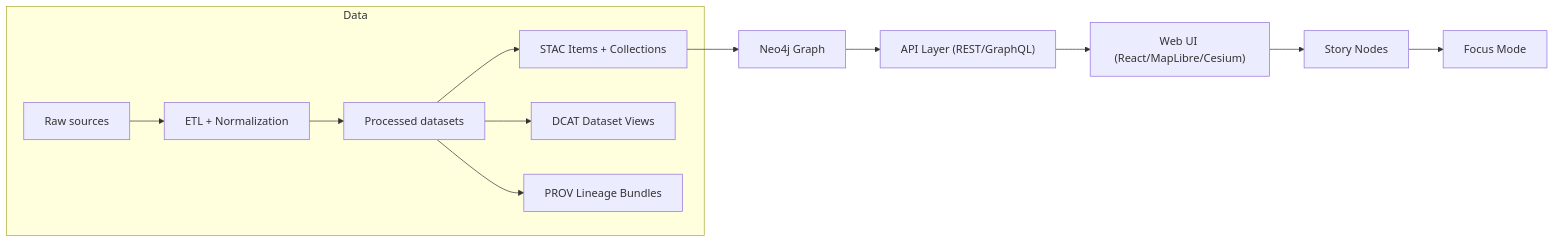
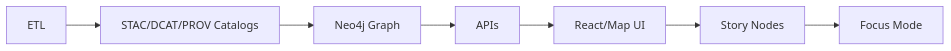
One commit to bartytime4life/Kansas-Frontier-Matrix changed the first of 2 diagrams in web/layers/README.md. Above: the diagram before and after it, drawn with Mermaid. The commit also changed other lines of this file, not shown here.

```diff
--- a/web/layers/README.md
+++ b/web/layers/README.md
@@ -197,16 +205,9 @@
 ~~~mermaid
 flowchart LR
-  subgraph Data
-    A["Raw sources"] --> B["ETL + Normalization"]
-    B --> C["Processed datasets"]
-    C --> D["STAC Items + Collections"]
-    C --> E["DCAT Dataset Views"]
-    C --> F["PROV Lineage Bundles"]
-  end
-
-  D --> G["Neo4j Graph"]
-  G --> H["API Layer (REST/GraphQL)"]
-  H --> I["Web UI (React/MapLibre/Cesium)"]
-  I --> J["Story Nodes"]
-  J --> K["Focus Mode"]
+  A[ETL] --> B[STAC/DCAT/PROV Catalogs]
+  B --> C[Neo4j Graph]
+  C --> D[APIs]
+  D --> E[React/Map UI]
+  E --> F[Story Nodes]
+  F --> G[Focus Mode]
 ~~~
```
